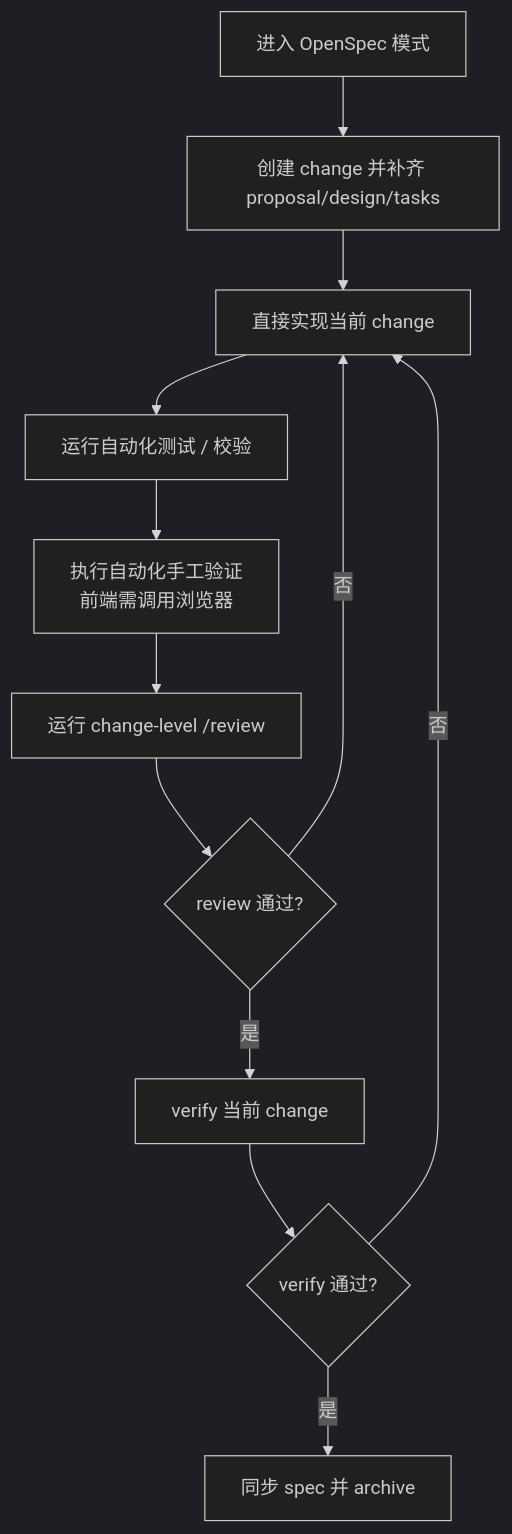
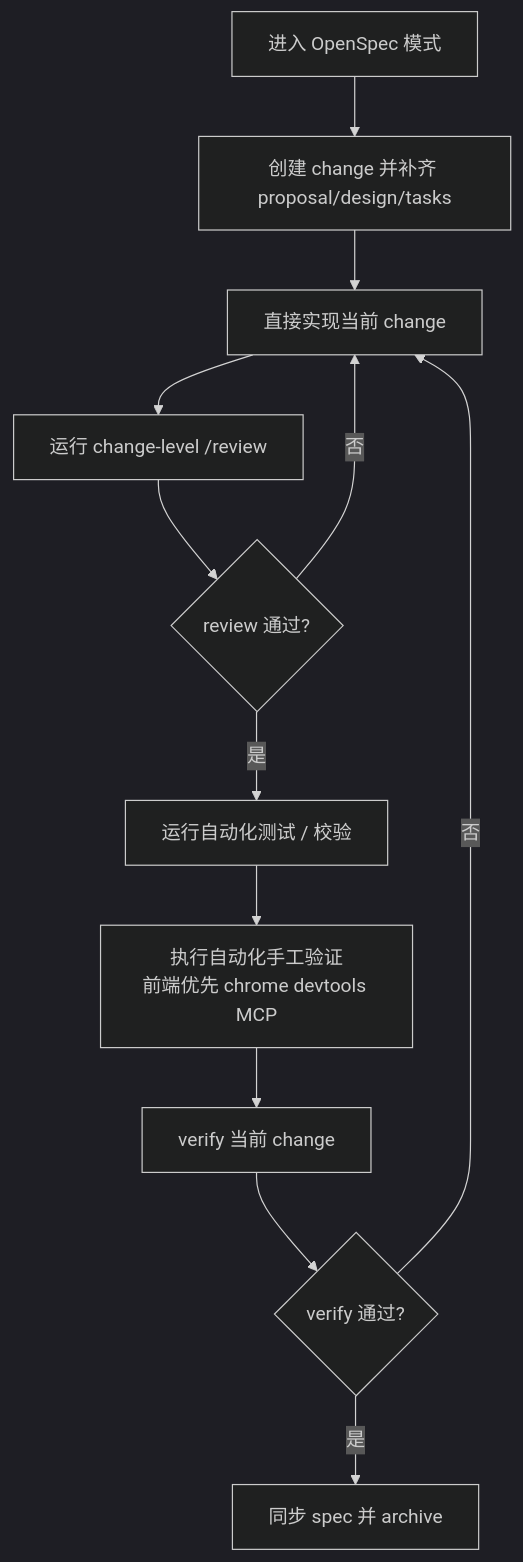
The first of 2 diagrams in README.md (pjhpeter/openspec-extensions), drawn with Mermaid (dark theme) before and after one commit. The commit also changed other lines of this file and 18 other files, not shown here.

````diff
--- a/README.md
+++ b/README.md
@@ -171,14 +171,14 @@
 ```mermaid
 flowchart TD
     A[进入 OpenSpec 模式] --> B[创建 change 并补齐 proposal/design/tasks]
     B --> C[直接实现当前 change]
-    C --> D[运行自动化测试 / 校验]
-    D --> E[执行自动化手工验证<br/>前端需调用浏览器]
-    E --> F[运行 change-level /review]
-    F --> G{review 通过?}
-    G -- 否 --> C
-    G -- 是 --> H[verify 当前 change]
+    C --> D[运行 change-level /review]
+    D --> E{review 通过?}
+    E -- 否 --> C
+    E -- 是 --> F[运行自动化测试 / 校验]
+    F --> G[执行自动化手工验证<br/>前端优先 chrome devtools MCP]
+    G --> H[verify 当前 change]
     H --> I{verify 通过?}
     I -- 否 --> C
     I -- 是 --> J[同步 spec 并 archive]
 ```
````
